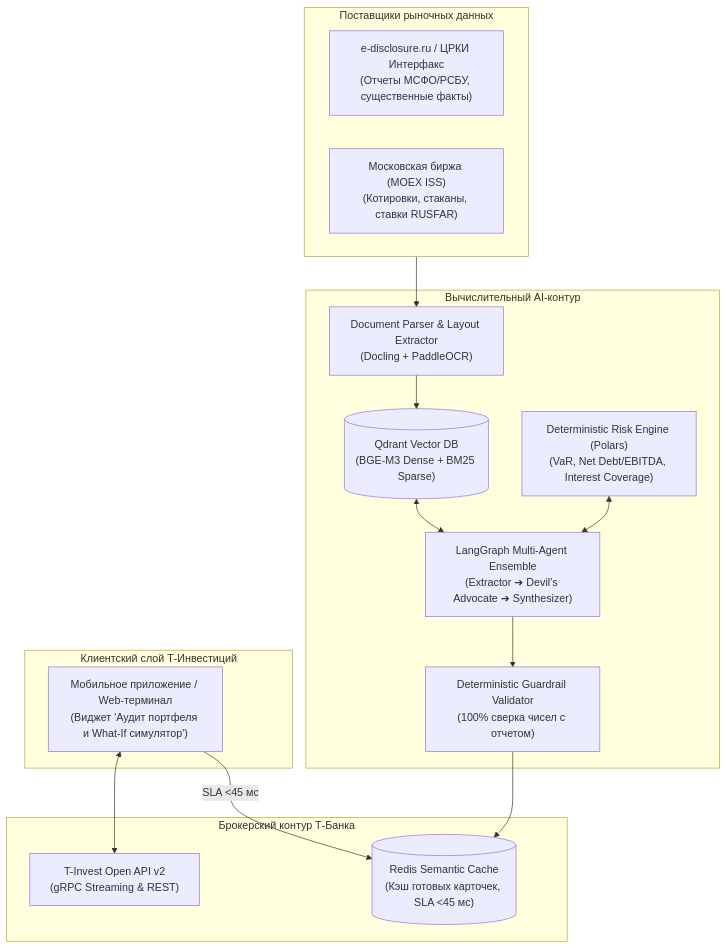
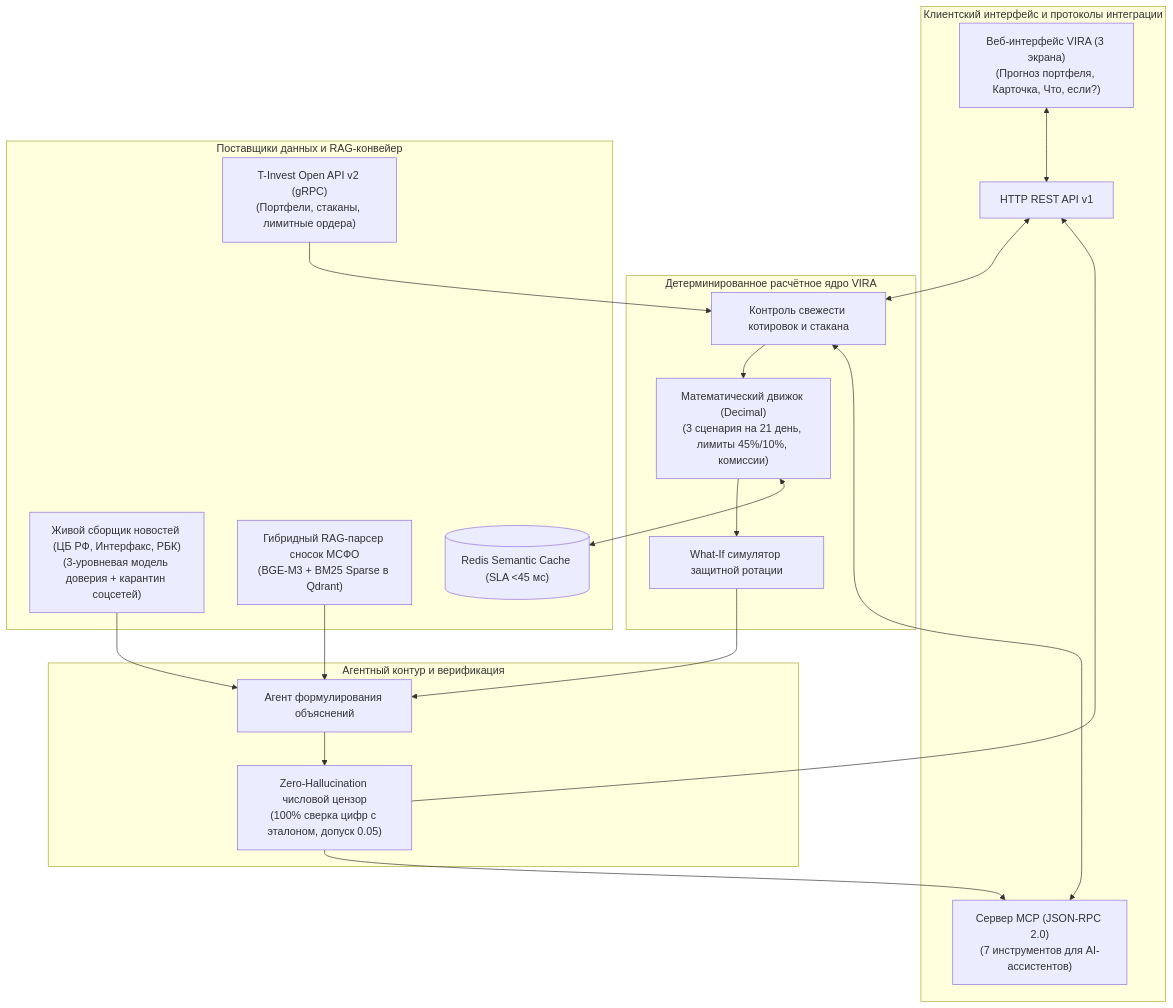
The diagram in README.md (qwiltty/T-Invest_case), drawn with Mermaid before and after one commit. The commit also changed other lines of this file and 35 other files, not shown here.

Commit message:
feat: deliver VIRA system, web prototype, MCP server, jury reports and updated diagnostic answers

````diff
--- a/README.md
+++ b/README.md
@@ -30,33 +74,41 @@
 ```mermaid
 flowchart TB
-    subgraph ClientLayer["Клиентский слой Т-Инвестиций"]
-        App["Мобильное приложение / Web-терминал<br/>(Виджет 'Аудит портфеля и What-If симулятор')"]
+    subgraph ClientLayer["Клиентский интерфейс и протоколы интеграции"]
+        WebUI["Веб-интерфейс VIRA (3 экрана)<br/>(Прогноз портфеля, Карточка, Что, если?)"]
+        REST["HTTP REST API v1"]
+        MCP["Сервер MCP (JSON-RPC 2.0)<br/>(7 инструментов для AI-ассистентов)"]
     end
 
-    subgraph CoreTBank["Брокерский контур Т-Банка"]
-        TOpenAPI["T-Invest Open API v2<br/>(gRPC Streaming & REST)"]
-        Cache[("Redis Semantic Cache<br/>(Кэш готовых карточек, SLA <45 мс)")]
+    subgraph CoreEngine["Детерминированное расчётное ядро VIRA"]
+        FreshCheck["Контроль свежести котировок и стакана"]
+        MathCore["Математический движок (Decimal)<br/>(3 сценария на 21 день, лимиты 45%/10%, комиссии)"]
+        Simulator["What-If симулятор защитной ротации"]
     end
 
-    subgraph DataIngestion["Поставщики рыночных данных"]
-        EDisclosure["e-disclosure.ru / ЦРКИ Интерфакс<br/>(Отчеты МСФО/РСБУ, существенные факты)"]
-        MOEX["Московская биржа (MOEX ISS)<br/>(Котировки, стаканы, ставки RUSFAR)"]
+    subgraph AgentLayer["Агентный контур и верификация"]
+        Explainer["Агент формулирования объяснений"]
+        Guardrail["Zero-Hallucination числовой цензор<br/>(100% сверка цифр с эталоном, допуск 0.05)"]
     end
 
-    subgraph ProcessingCore["Вычислительный AI-контур"]
-        Ingest["Document Parser & Layout Extractor<br/>(Docling + PaddleOCR)"]
-        VectorDB[("Qdrant Vector DB<br/>(BGE-M3 Dense + BM25 Sparse)")]
-        RiskEngine["Deterministic Risk Engine (Polars)<br/>(VaR, Net Debt/EBITDA, Interest Coverage)"]
-        MultiAgent["LangGraph Multi-Agent Ensemble<br/>(Extractor ➔ Devil's Advocate ➔ Synthesizer)"]
-        Guardrail["Deterministic Guardrail Validator<br/>(100% сверка чисел с отчетом)"]
+    subgraph DataIngestion["Поставщики данных и RAG-конвейер"]
+        TOpenAPI["T-Invest Open API v2 (gRPC)<br/>(Портфели, стаканы, лимитные ордера)"]
+        NewsIngestor["Живой сборщик новостей (ЦБ РФ, Интерфакс, РБК)<br/>(3-уровневая модель доверия + карантин соцсетей)"]
+        RAG["Гибридный RAG-парсер сносок МСФО<br/>(BGE-M3 + BM25 Sparse в Qdrant)"]
+        Cache[("Redis Semantic Cache (SLA <45 мс)")]
     end
 
-    App <--> TOpenAPI
-    App -->|"SLA <45 мс"| Cache
-    DataIngestion --> Ingest
-    Ingest --> VectorDB
-    VectorDB <--> MultiAgent
-    RiskEngine <--> MultiAgent
-    MultiAgent --> Guardrail
-    Guardrail --> Cache
+    WebUI <--> REST
+    REST <--> FreshCheck
+    MCP <--> FreshCheck
+    FreshCheck --> MathCore
+    MathCore --> Simulator
+    Simulator --> Explainer
+    Explainer --> Guardrail
+    Guardrail --> REST
+    Guardrail --> MCP
+
+    TOpenAPI --> FreshCheck
+    NewsIngestor --> Explainer
+    RAG --> Explainer
+    MathCore <--> Cache
 ```
````
